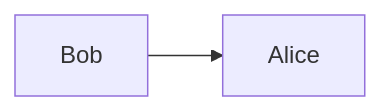
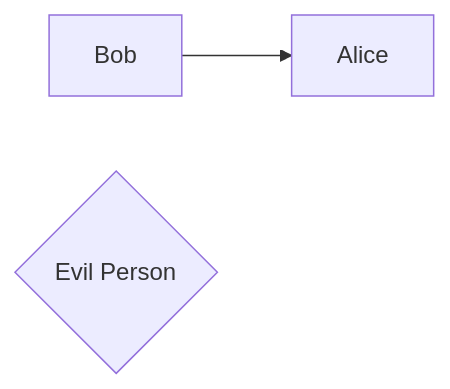
Before and after one commit to tannisthamaiti/esw2w: the diagram in README.md, drawn with Mermaid.

````diff
--- a/README.md
+++ b/README.md
@@ -3,4 +3,5 @@
 ```mermaid
 flowchart LR
   Bob --> Alice
+  Eve{Evil Person}
 ```
````
